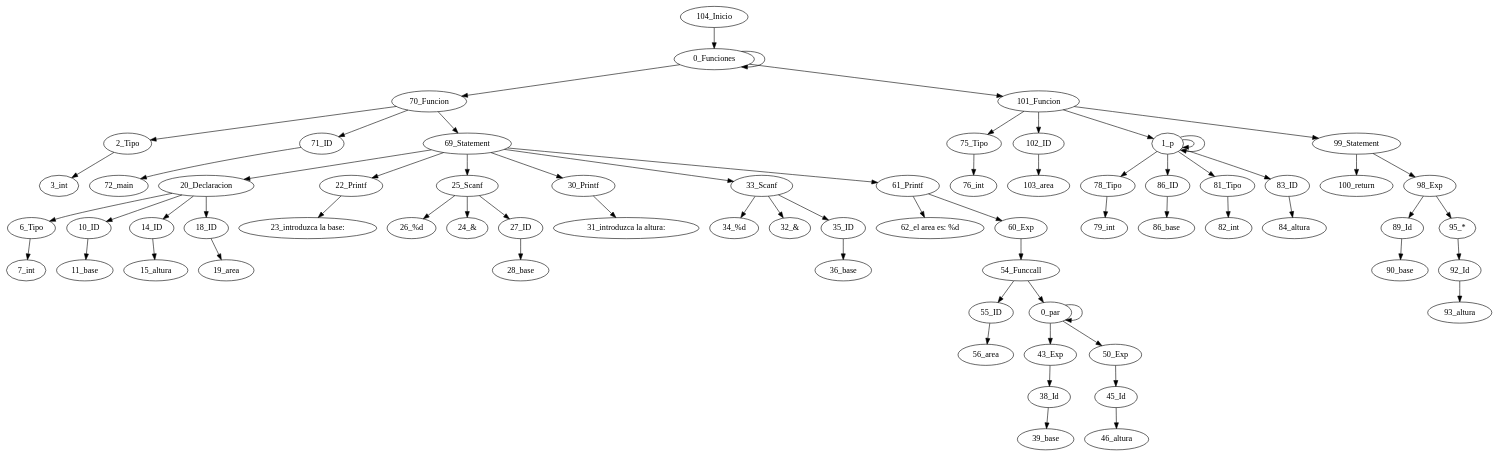
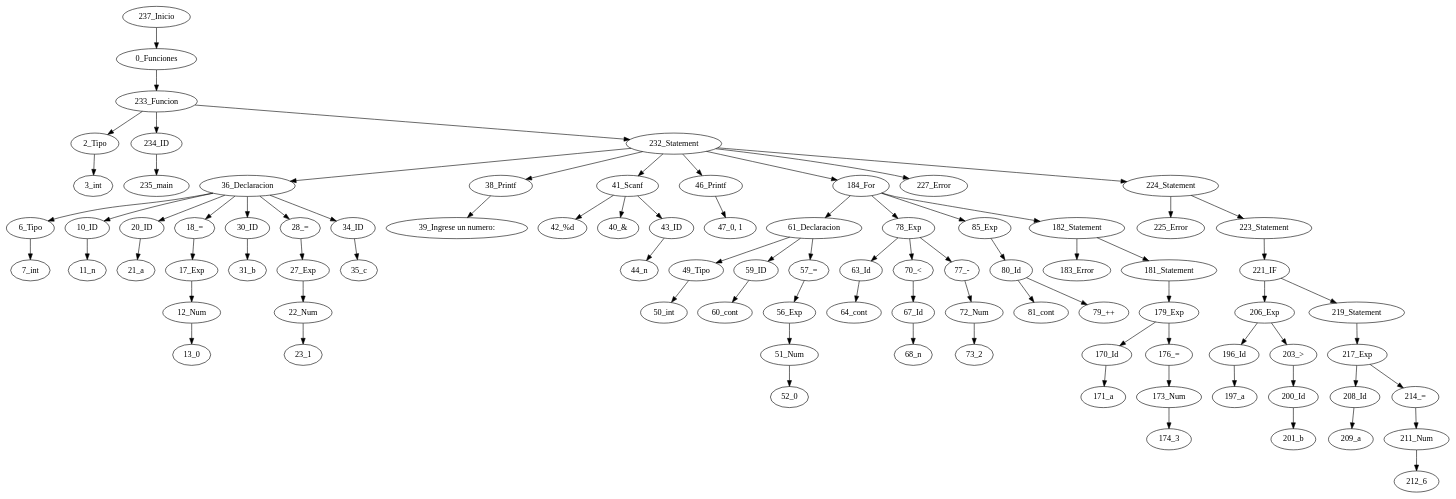
Before and after one commit to IlianaPinto/Mini-C: the diagram in Interfaz/src/Analizador/generado.dot, drawn with Graphviz. The commit also changed 2 other files, not shown here.

```diff
--- a/Interfaz/src/Analizador/generado.dot
+++ b/Interfaz/src/Analizador/generado.dot
@@ -1,71 +1,87 @@
 digraph {
-"104_Inicio" -> "0_Funciones";
-"0_Funciones" -> "0_Funciones";
-"0_Funciones" -> "70_Funcion";
-"70_Funcion" -> "2_Tipo";
+"237_Inicio" -> "0_Funciones";
+"0_Funciones" -> "233_Funcion";
+"233_Funcion" -> "2_Tipo";
 "2_Tipo" -> "3_int";
-"70_Funcion" -> "71_ID";
-"71_ID" -> "72_main";
-"70_Funcion" -> "69_Statement";
-"69_Statement" -> "20_Declaracion";
-"20_Declaracion" -> "6_Tipo";
+"233_Funcion" -> "234_ID";
+"234_ID" -> "235_main";
+"233_Funcion" -> "232_Statement";
+"232_Statement" -> "36_Declaracion";
+"36_Declaracion" -> "6_Tipo";
 "6_Tipo" -> "7_int";
-"20_Declaracion" -> "10_ID";
-"10_ID" -> "11_base";
-"20_Declaracion" -> "14_ID";
-"14_ID" -> "15_altura";
-"20_Declaracion" -> "18_ID";
-"18_ID" -> "19_area";
-"69_Statement" -> "22_Printf";
-"22_Printf" -> "23_introduzca la base: ";
-"69_Statement" -> "25_Scanf";
-"25_Scanf" -> "26_%d";
-"25_Scanf" -> "24_&";
-"25_Scanf" -> "27_ID";
-"27_ID" -> "28_base";
-"69_Statement" -> "30_Printf";
-"30_Printf" -> "31_introduzca la altura: ";
-"69_Statement" -> "33_Scanf";
-"33_Scanf" -> "34_%d";
-"33_Scanf" -> "32_&";
-"33_Scanf" -> "35_ID";
-"35_ID" -> "36_base";
-"69_Statement" -> "61_Printf";
-"61_Printf" -> "62_el area es: %d";
-"61_Printf" -> "60_Exp";
-"60_Exp" -> "54_Funccall";
-"54_Funccall" -> "55_ID";
-"55_ID" -> "56_area";
-"54_Funccall" -> "0_par";
-"0_par" -> "43_Exp";
-"43_Exp" -> "38_Id";
-"38_Id" -> "39_base";
-"0_par" -> "0_par";
-"0_par" -> "50_Exp";
-"50_Exp" -> "45_Id";
-"45_Id" -> "46_altura";
-"0_Funciones" -> "101_Funcion";
-"101_Funcion" -> "75_Tipo";
-"75_Tipo" -> "76_int";
-"101_Funcion" -> "102_ID";
-"102_ID" -> "103_area";
-"101_Funcion" -> "1_p";
-"1_p" -> "78_Tipo";
-"78_Tipo" -> "79_int";
-"1_p" -> "1_p";
-"1_p" -> "86_ID";
-"86_ID" -> "86_base";
-"1_p" -> "1_p";
-"1_p" -> "81_Tipo";
-"81_Tipo" -> "82_int";
-"1_p" -> "83_ID";
-"83_ID" -> "84_altura";
-"101_Funcion" -> "99_Statement";
-"99_Statement" -> "100_return";
-"99_Statement" -> "98_Exp";
-"98_Exp" -> "89_Id";
-"89_Id" -> "90_base";
-"98_Exp" -> "95_*";
-"95_*" -> "92_Id";
-"92_Id" -> "93_altura";
+"36_Declaracion" -> "10_ID";
+"10_ID" -> "11_n";
+"36_Declaracion" -> "20_ID";
+"20_ID" -> "21_a";
+"36_Declaracion" -> "18_=";
+"18_=" -> "17_Exp";
+"17_Exp" -> "12_Num";
+"12_Num" -> "13_0";
+"36_Declaracion" -> "30_ID";
+"30_ID" -> "31_b";
+"36_Declaracion" -> "28_=";
+"28_=" -> "27_Exp";
+"27_Exp" -> "22_Num";
+"22_Num" -> "23_1";
+"36_Declaracion" -> "34_ID";
+"34_ID" -> "35_c";
+"232_Statement" -> "38_Printf";
+"38_Printf" -> "39_Ingrese un numero: ";
+"232_Statement" -> "41_Scanf";
+"41_Scanf" -> "42_%d";
+"41_Scanf" -> "40_&";
+"41_Scanf" -> "43_ID";
+"43_ID" -> "44_n";
+"232_Statement" -> "46_Printf";
+"46_Printf" -> "47_0, 1";
+"232_Statement" -> "184_For";
+"184_For" -> "61_Declaracion";
+"61_Declaracion" -> "49_Tipo";
+"49_Tipo" -> "50_int";
+"61_Declaracion" -> "59_ID";
+"59_ID" -> "60_cont";
+"61_Declaracion" -> "57_=";
+"57_=" -> "56_Exp";
+"56_Exp" -> "51_Num";
+"51_Num" -> "52_0";
+"184_For" -> "78_Exp";
+"78_Exp" -> "63_Id";
+"63_Id" -> "64_cont";
+"78_Exp" -> "70_<";
+"70_<" -> "67_Id";
+"67_Id" -> "68_n";
+"78_Exp" -> "77_-";
+"77_-" -> "72_Num";
+"72_Num" -> "73_2";
+"184_For" -> "85_Exp";
+"85_Exp" -> "80_Id";
+"80_Id" -> "81_cont";
+"80_Id" -> "79_++";
+"184_For" -> "182_Statement";
+"182_Statement" -> "183_Error";
+"182_Statement" -> "181_Statement";
+"181_Statement" -> "179_Exp";
+"179_Exp" -> "170_Id";
+"170_Id" -> "171_a";
+"179_Exp" -> "176_=";
+"176_=" -> "173_Num";
+"173_Num" -> "174_3";
+"232_Statement" -> "227_Error";
+"232_Statement" -> "224_Statement";
+"224_Statement" -> "225_Error";
+"224_Statement" -> "223_Statement";
+"223_Statement" -> "221_IF";
+"221_IF" -> "206_Exp";
+"206_Exp" -> "196_Id";
+"196_Id" -> "197_a";
+"206_Exp" -> "203_>";
+"203_>" -> "200_Id";
+"200_Id" -> "201_b";
+"221_IF" -> "219_Statement";
+"219_Statement" -> "217_Exp";
+"217_Exp" -> "208_Id";
+"208_Id" -> "209_a";
+"217_Exp" -> "214_=";
+"214_=" -> "211_Num";
+"211_Num" -> "212_6";
 }
```
